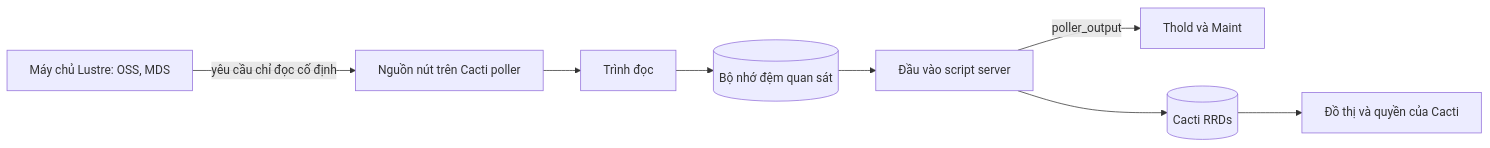
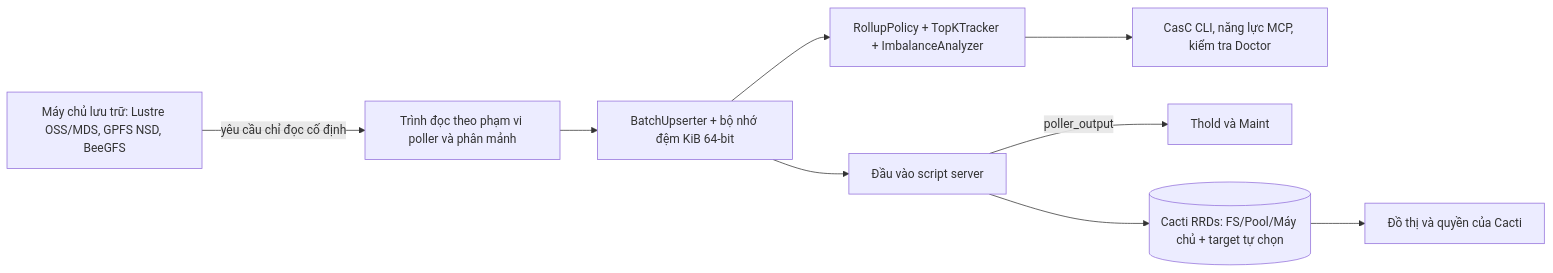
One commit to somethingwithproof/plugin_pfs changed the diagram in docs/i18n/vi-VN/README.md. Above: the diagram before and after it, drawn with Mermaid. The commit also changed other lines of this file and 47 other files, not shown here.

````diff
--- a/docs/i18n/vi-VN/README.md
+++ b/docs/i18n/vi-VN/README.md
@@ -74,10 +82,11 @@
 ```mermaid
 flowchart LR
-    N[Máy chủ Lustre: OSS, MDS] -->|yêu cầu chỉ đọc cố định| S[Nguồn nút trên Cacti poller]
-    S --> R[Trình đọc]
-    R --> C[(Bộ nhớ đệm quan sát)]
-    C --> SS[Đầu vào script server]
-    SS -->|poller_output| T[Thold và Maint]
-    SS --> RRD[(Cacti RRDs)]
-    RRD --> G[Đồ thị và quyền của Cacti]
+    N["Máy chủ lưu trữ: Lustre OSS/MDS, GPFS NSD, BeeGFS"] -->|yêu cầu chỉ đọc cố định| S["Trình đọc theo phạm vi poller và phân mảnh"]
+    S --> B["BatchUpserter + bộ nhớ đệm KiB 64-bit"]
+    B --> R["RollupPolicy + TopKTracker + ImbalanceAnalyzer"]
+    B --> SS["Đầu vào script server"]
+    R --> ECO["CasC CLI, năng lực MCP, kiểm tra Doctor"]
+    SS -->|poller_output| T["Thold và Maint"]
+    SS --> RRD[("Cacti RRDs: FS/Pool/Máy chủ + target tự chọn")]
+    RRD --> G["Đồ thị và quyền của Cacti"]
 ```
````
